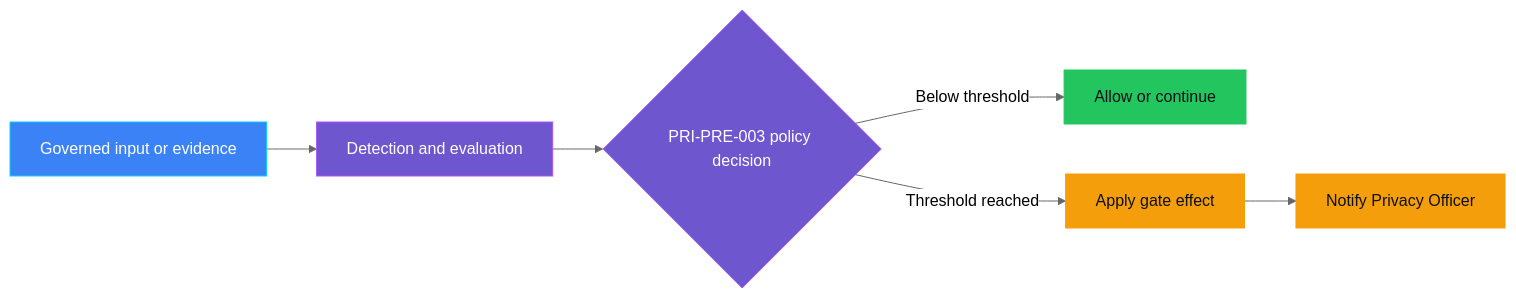
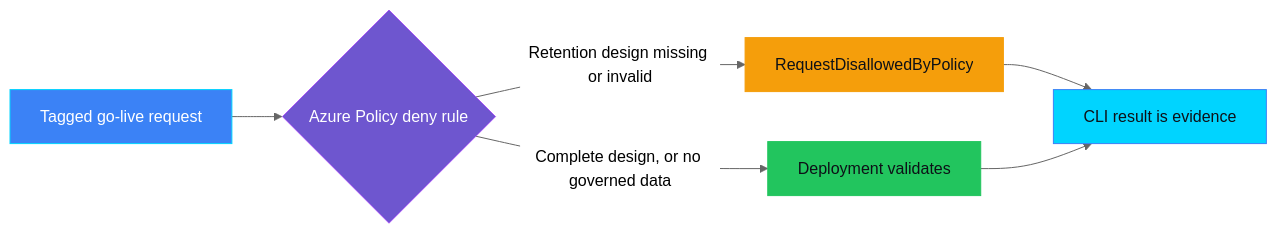
One commit to doruit/forged-with-foundry changed the first of 2 diagrams in controls/privacy/PRI-PRE-003_retention_design_missing/README.md. Above: the diagram before and after it, drawn with Mermaid (neutral theme). The commit also changed other lines of this file and 14 other files, not shown here.

First line of the commit message:
feat: add PRI-PRE-003 retention design control with Azure Policy

````diff
--- a/controls/privacy/PRI-PRE-003_retention_design_missing/README.md
+++ b/controls/privacy/PRI-PRE-003_retention_design_missing/README.md
@@ -41,17 +116,20 @@
 ```mermaid
 flowchart LR
-    I[Governed input or evidence] --> D[Detection and evaluation]
-    D --> P{PRI-PRE-003 policy decision}
-    P -->|Below threshold| A[Allow or continue]
-    P -->|Threshold reached| E[Apply gate effect]
-    E --> O[Notify Privacy Officer]
+  R[Tagged go-live request] --> P{Azure Policy deny rule}
+  P -->|Retention design missing or invalid| D[RequestDisallowedByPolicy]
+  P -->|Complete design, or no governed data| V[Deployment validates]
+  D --> E[CLI result is evidence]
+  V --> E
 
-    classDef governance fill:#6E56CF,stroke:#A855F7,color:#FFFFFF
-    classDef platform fill:#3B82F6,stroke:#00D4FF,color:#FFFFFF
-    classDef success fill:#22C55E,stroke:#22C55E,color:#0D1117
-    classDef attention fill:#F59E0B,stroke:#F59E0B,color:#0D1117
-    class D,P governance
-    class I platform
-    class A success
-    class E,O attention
+  classDef governance fill:#6E56CF,stroke:#A855F7,color:#FFFFFF
+  classDef platform fill:#3B82F6,stroke:#00D4FF,color:#FFFFFF
+  classDef evidence fill:#00D4FF,stroke:#3B82F6,color:#0D1117
+  classDef neutral fill:#1F2937,stroke:#6E56CF,color:#FFFFFF
+  classDef success fill:#22C55E,stroke:#22C55E,color:#0D1117
+  classDef attention fill:#F59E0B,stroke:#F59E0B,color:#0D1117
+  class R platform
+  class P governance
+  class D attention
+  class V success
+  class E evidence
 ```
````
